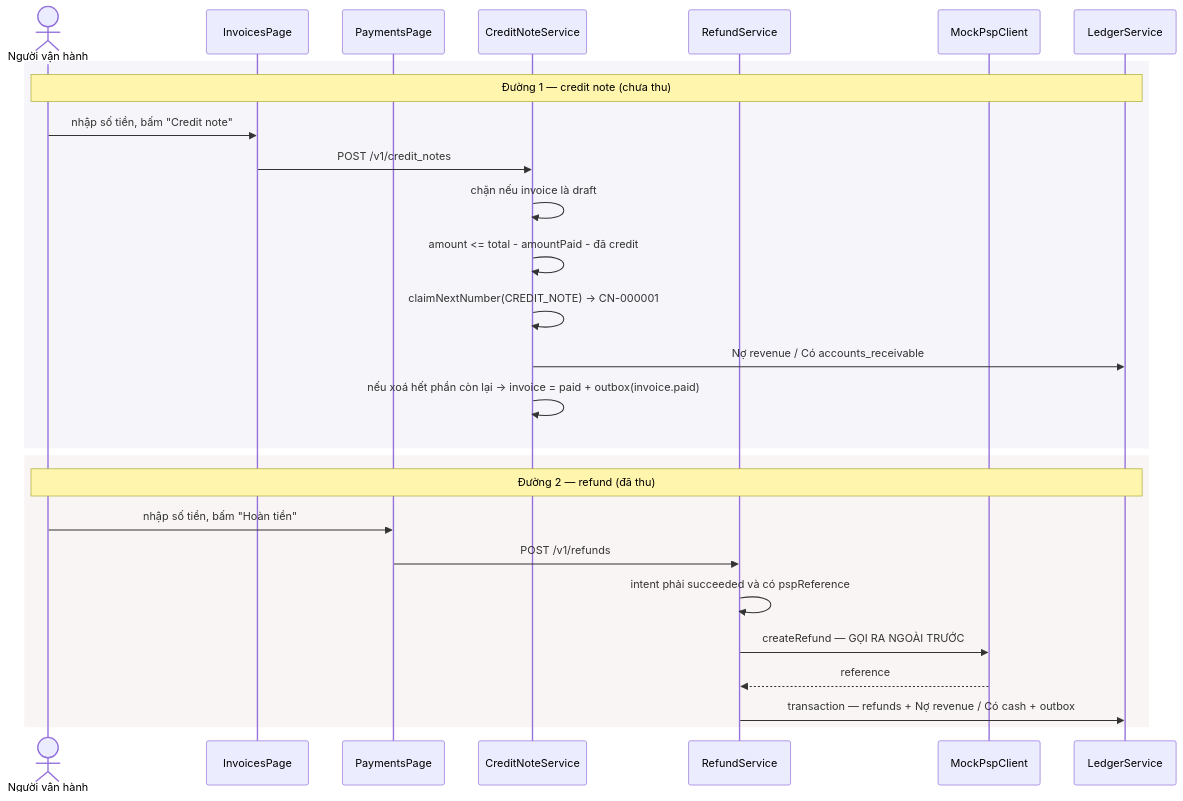
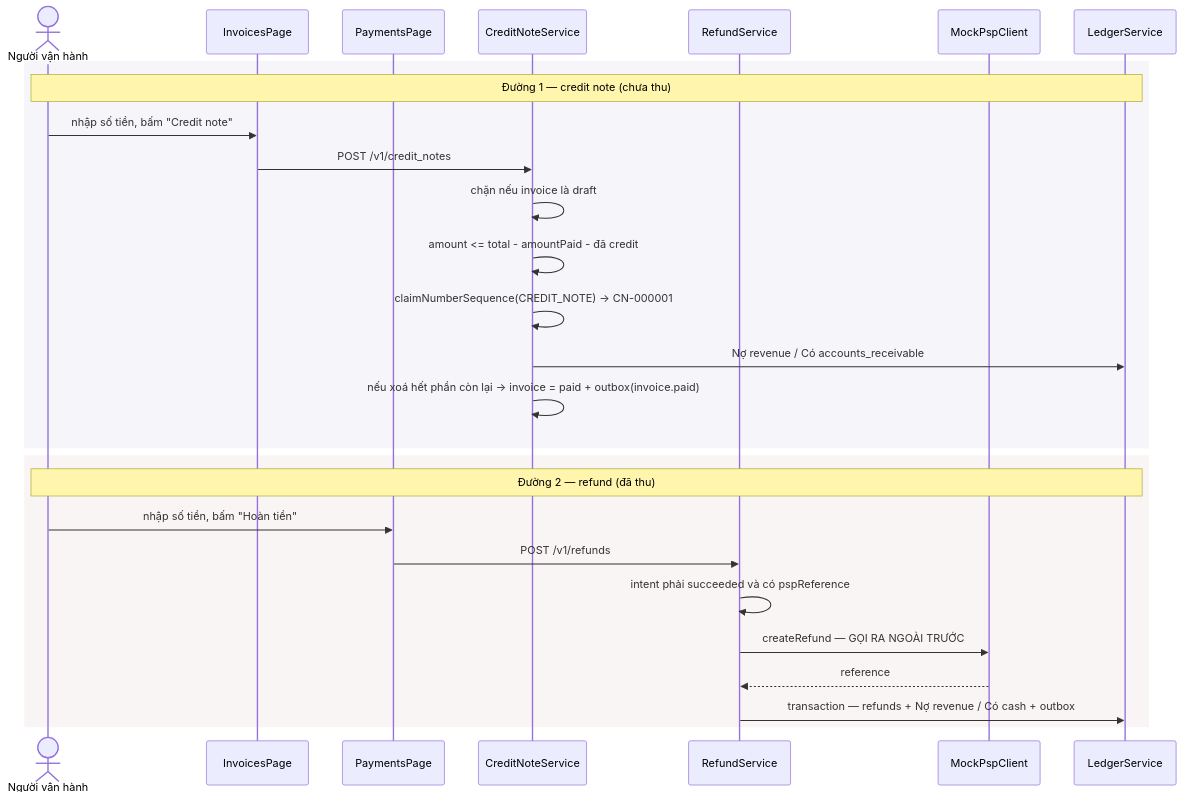
The diagram in docs/usecases/07-refund-vs-credit-note.md (anhquang296/pinstripe), drawn with Mermaid before and after one commit. The commit also changed other lines of this file and 89 other files, not shown here.

````diff
--- a/docs/usecases/07-refund-vs-credit-note.md
+++ b/docs/usecases/07-refund-vs-credit-note.md
@@ -35,31 +35,31 @@
 ```mermaid
 sequenceDiagram
     actor U as Người vận hành
     participant IP as InvoicesPage
     participant PP as PaymentsPage
     participant CS as CreditNoteService
     participant RS as RefundService
     participant PSP as MockPspClient
     participant L as LedgerService
 
     rect rgb(245, 245, 250)
     Note over U,L: Đường 1 — credit note (chưa thu)
     U->>IP: nhập số tiền, bấm "Credit note"
     IP->>CS: POST /v1/credit_notes
     CS->>CS: chặn nếu invoice là draft
     CS->>CS: amount <= total - amountPaid - đã credit
-    CS->>CS: claimNextNumber(CREDIT_NOTE) → CN-000001
+    CS->>CS: claimNumberSequence(CREDIT_NOTE) → CN-000001
     CS->>L: Nợ revenue / Có accounts_receivable
     CS->>CS: nếu xoá hết phần còn lại → invoice = paid + outbox(invoice.paid)
     end
 
     rect rgb(250, 245, 245)
     Note over U,L: Đường 2 — refund (đã thu)
     U->>PP: nhập số tiền, bấm "Hoàn tiền"
     PP->>RS: POST /v1/refunds
     RS->>RS: intent phải succeeded và có pspReference
     RS->>PSP: createRefund — GỌI RA NGOÀI TRƯỚC
     PSP-->>RS: reference
     RS->>L: transaction — refunds + Nợ revenue / Có cash + outbox
     end
 ```
````
